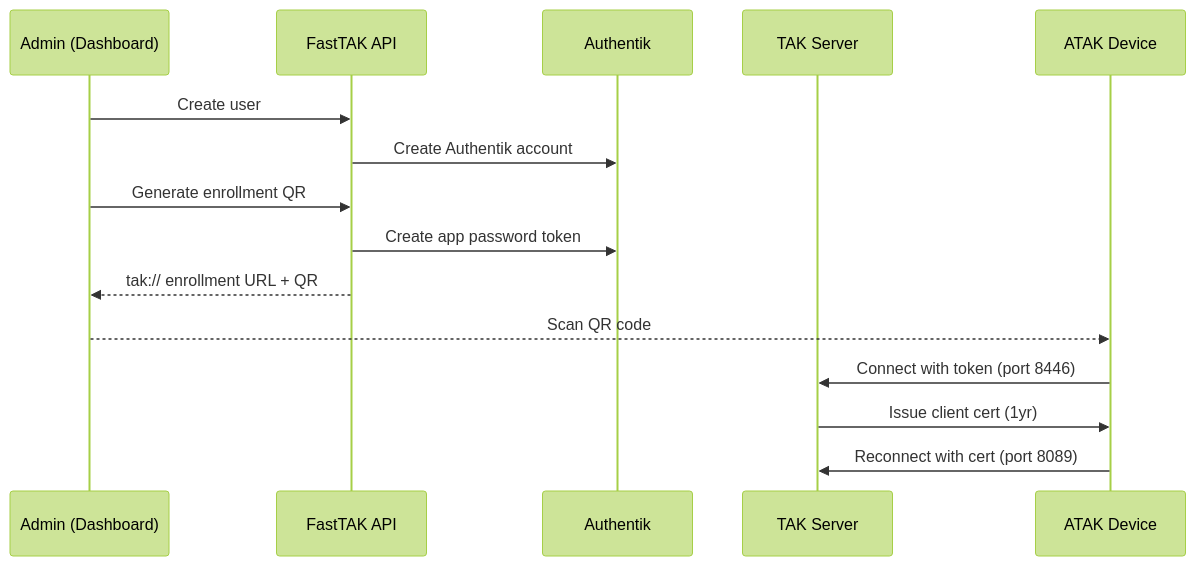
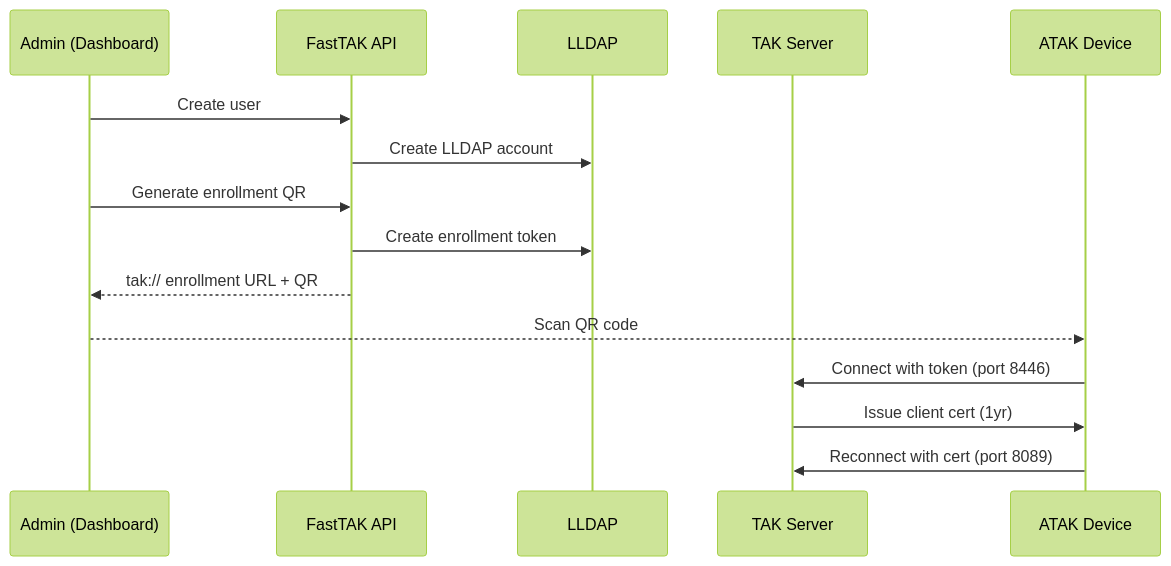
Before and after one commit to pounde/FastTAK: the second of 3 diagrams in docs/certificates.md, drawn with Mermaid (forest theme). The commit also changed other lines of this file and 7 other files, not shown here.

````diff
--- a/docs/certificates.md
+++ b/docs/certificates.md
@@ -81,18 +81,18 @@
 ```mermaid
 sequenceDiagram
     participant Admin as Admin (Dashboard)
     participant API as FastTAK API
-    participant Auth as Authentik
+    participant Auth as LLDAP
     participant TAK as TAK Server
     participant Device as ATAK Device
 
     Admin->>API: Create user
-    API->>Auth: Create Authentik account
+    API->>Auth: Create LLDAP account
     Admin->>API: Generate enrollment QR
-    API->>Auth: Create app password token
+    API->>Auth: Create enrollment token
     API-->>Admin: tak:// enrollment URL + QR
     Admin-->>Device: Scan QR code
     Device->>TAK: Connect with token (port 8446)
     TAK->>Device: Issue client cert (1yr)
     Device->>TAK: Reconnect with cert (port 8089)
 ```
````
